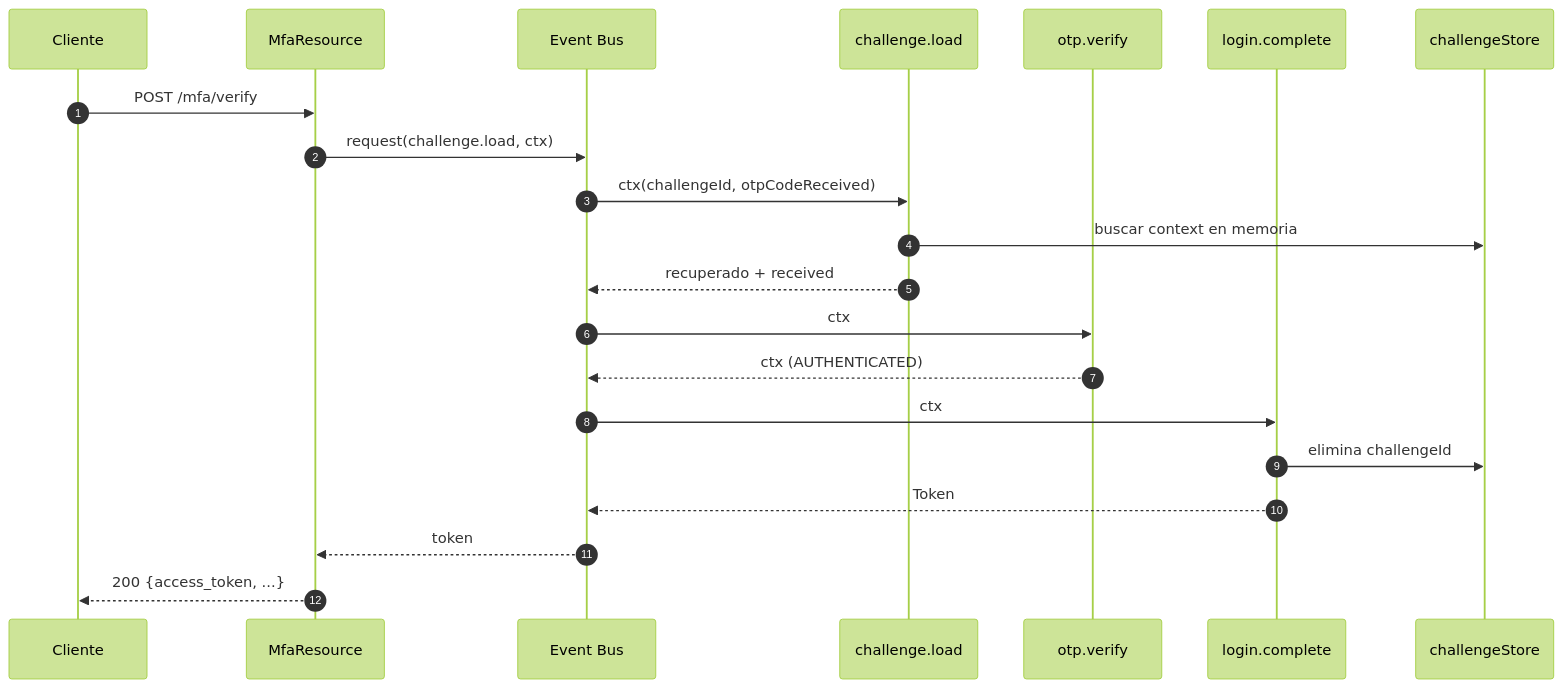
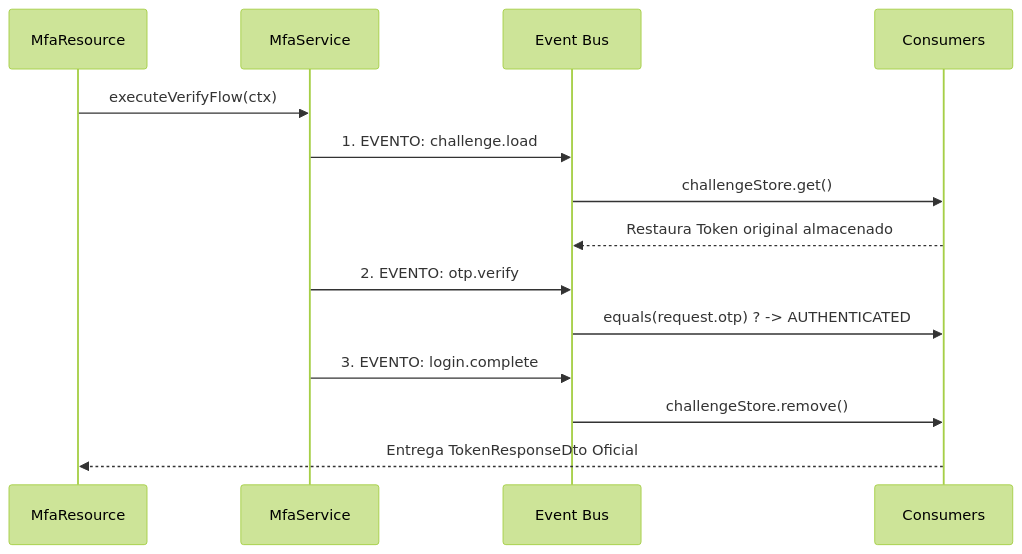
The third of 3 diagrams in docs/backend-java-quarkus/06-event-driven-mfa/event-bus-mfa.md (teamdroid-trainer/docs-docusaurus-trainer), drawn with Mermaid (forest theme) before and after one commit. The commit also changed other lines of this file and 1 other file, not shown here.

Commit message:
docs(mfa): enhance event-bus-mfa and event-driven-design docs using docusaurus-section-enhancer

````diff
--- a/docs/backend-java-quarkus/06-event-driven-mfa/event-bus-mfa.md
+++ b/docs/backend-java-quarkus/06-event-driven-mfa/event-bus-mfa.md
@@ -261,24 +142,19 @@
 ```mermaid
 sequenceDiagram
-    autonumber
-    participant C as Cliente
-    participant R as MfaResource
+    participant API as MfaResource
+    participant S as MfaService
     participant EB as Event Bus
-    participant L as challenge.load
-    participant V as otp.verify
-    participant F as login.complete
-    participant S as challengeStore
-
-    C->>R: POST /mfa/verify
-    R->>EB: request(challenge.load, ctx)
-    EB->>L: ctx(challengeId, otpCodeReceived)
-    L->>S: buscar context en memoria
-    L-->>EB: recuperado + received
-    EB->>V: ctx
-    V-->>EB: ctx (AUTHENTICATED)
-    EB->>F: ctx
-    F->>S: elimina challengeId
-    F-->>EB: Token
-    EB-->>R: token
-    R-->>C: 200 {access_token, ...}
+    participant C as Consumers
+    
+    API->>S: executeVerifyFlow(ctx)
+    S->>EB: 1. EVENTO: challenge.load
+    EB->>C: challengeStore.get() 
+    C-->>EB: Restaura Token original almacenado
+    
+    S->>EB: 2. EVENTO: otp.verify
+    EB->>C: equals(request.otp) ? -> AUTHENTICATED
+    
+    S->>EB: 3. EVENTO: login.complete
+    EB->>C: challengeStore.remove()
+    C-->>API: Entrega TokenResponseDto Oficial
 ```
````
